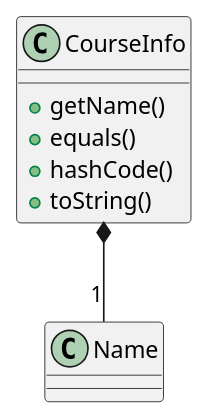
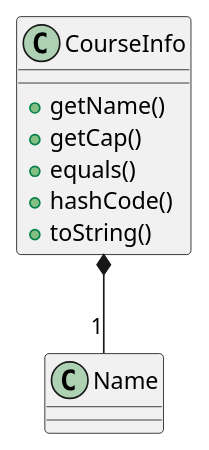
The diagram in docs/diagrams/CourseInfoClassDiagram.puml (yjskrs/main), drawn with PlantUML before and after one commit. The commit also changed 2 other files, not shown here.

```diff
--- a/docs/diagrams/CourseInfoClassDiagram.puml
+++ b/docs/diagrams/CourseInfoClassDiagram.puml
@@ -1,11 +1,12 @@
 @startuml
 class CourseInfo {
     +getName()
+    +getCap()
     +equals()
     +hashCode()
     +toString()
 }
 class Name {}
 
 CourseInfo *-- "1" Name
 @enduml
```
